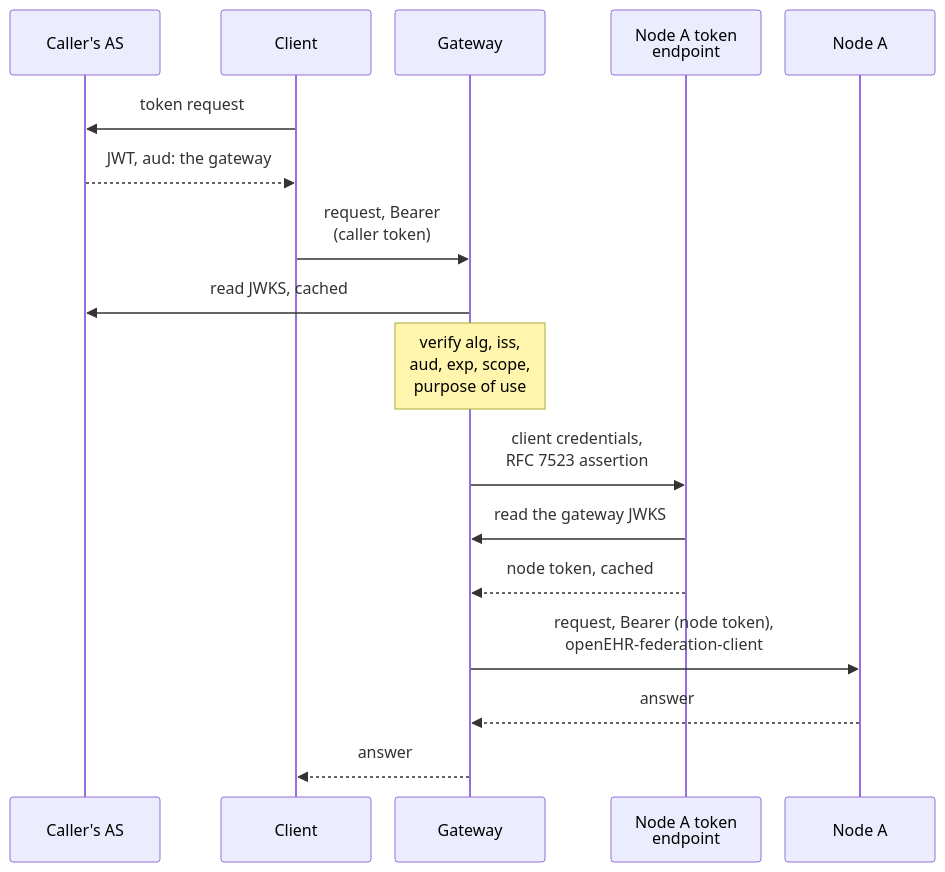
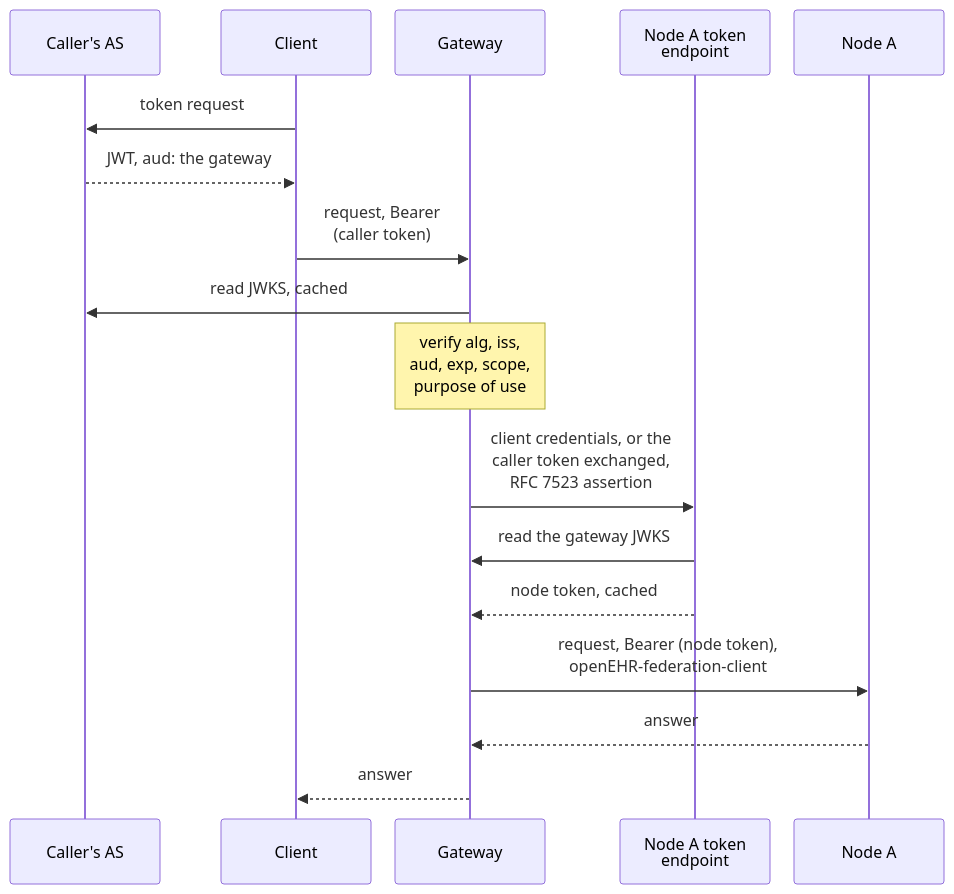
The third of 3 diagrams in website/book/src/how-it-works/trust-and-keys.md (FerroHEALTH/FerroFED), drawn with Mermaid before and after one commit. The commit also changed other lines of this file and 24 other files, not shown here.

First line of the commit message:
fix(onward): never exchange without a scope, keep a caller's token only for an exchange (#439)

````diff
--- a/website/book/src/how-it-works/trust-and-keys.md
+++ b/website/book/src/how-it-works/trust-and-keys.md
@@ -79,20 +81,20 @@
 ```mermaid
 %%{init: {"sequence": {"actorMargin": 24}}}%%
 sequenceDiagram
     participant AS as Caller's AS
     participant C as Client
     participant G as Gateway
     participant T as Node A token<br/>endpoint
     participant N as Node A
     C->>AS: token request
     AS-->>C: JWT, aud: the gateway
     C->>G: request, Bearer<br/>(caller token)
     G->>AS: read JWKS, cached
     Note over G: verify alg, iss,<br/>aud, exp, scope,<br/>purpose of use
-    G->>T: client credentials,<br/>RFC 7523 assertion
+    G->>T: client credentials, or the<br/>caller token exchanged,<br/>RFC 7523 assertion
     T->>G: read the gateway JWKS
     T-->>G: node token, cached
     G->>N: request, Bearer (node token),<br/>openEHR-federation-client
     N-->>G: answer
     G-->>C: answer
 ```
````
